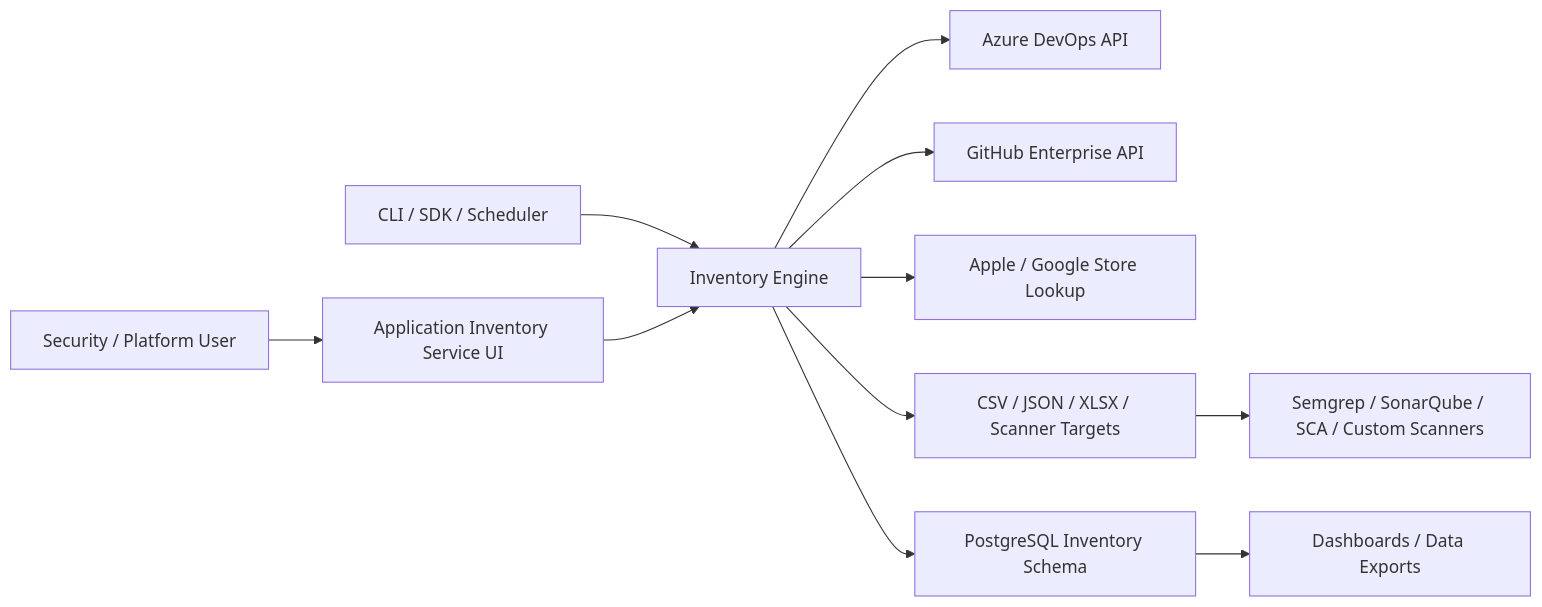
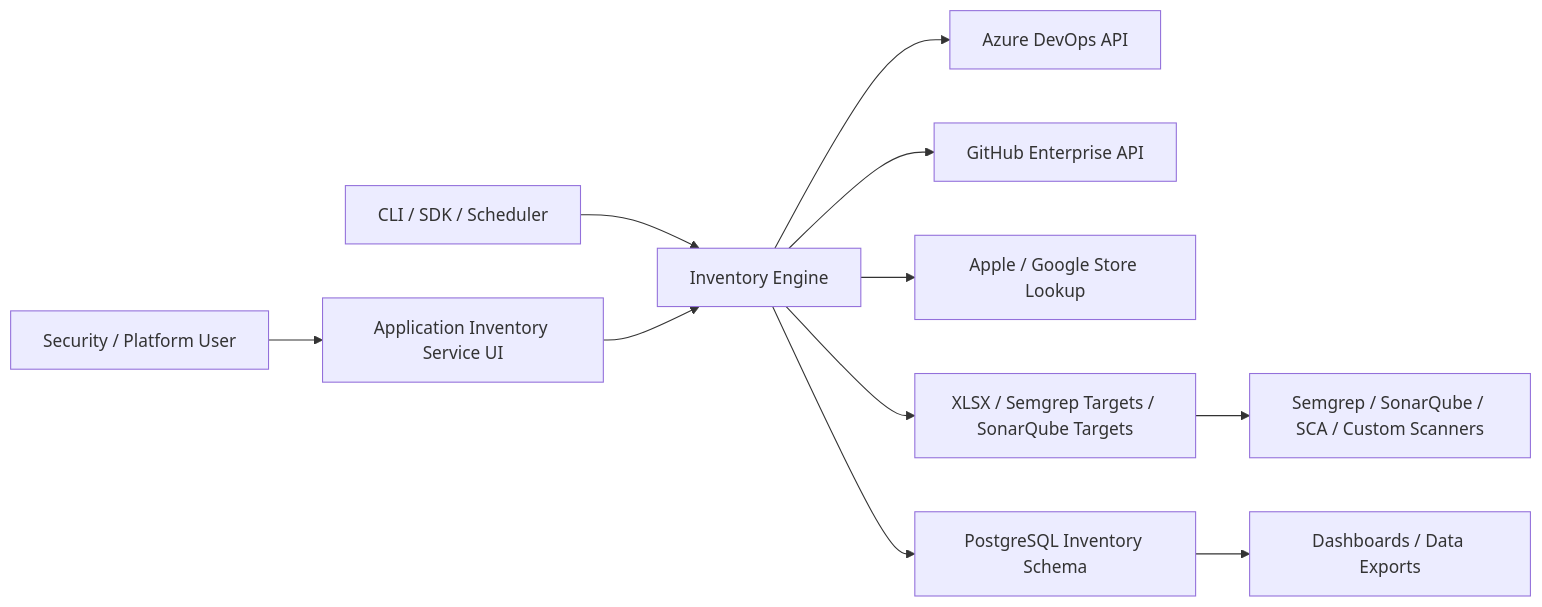
One commit to h0p3sf4ll/application-inventory-service changed the diagram in docs/ARCHITECTURE.md. Above: the diagram before and after it, drawn with Mermaid. The commit also changed other lines of this file and 20 other files, not shown here.

````diff
--- a/docs/ARCHITECTURE.md
+++ b/docs/ARCHITECTURE.md
@@ -5,13 +5,13 @@
 ```mermaid
 flowchart LR
   User["Security / Platform User"] --> UI["Application Inventory Service UI"]
   Automation["CLI / SDK / Scheduler"] --> Core["Inventory Engine"]
   UI --> Core
   Core --> ADO["Azure DevOps API"]
   Core --> GHE["GitHub Enterprise API"]
   Core --> Stores["Apple / Google Store Lookup"]
-  Core --> Reports["CSV / JSON / XLSX / Scanner Targets"]
+  Core --> Reports["XLSX / Semgrep Targets / SonarQube Targets"]
   Core --> DB["PostgreSQL Inventory Schema"]
   Reports --> Scanners["Semgrep / SonarQube / SCA / Custom Scanners"]
   DB --> BI["Dashboards / Data Exports"]
 ```
````
